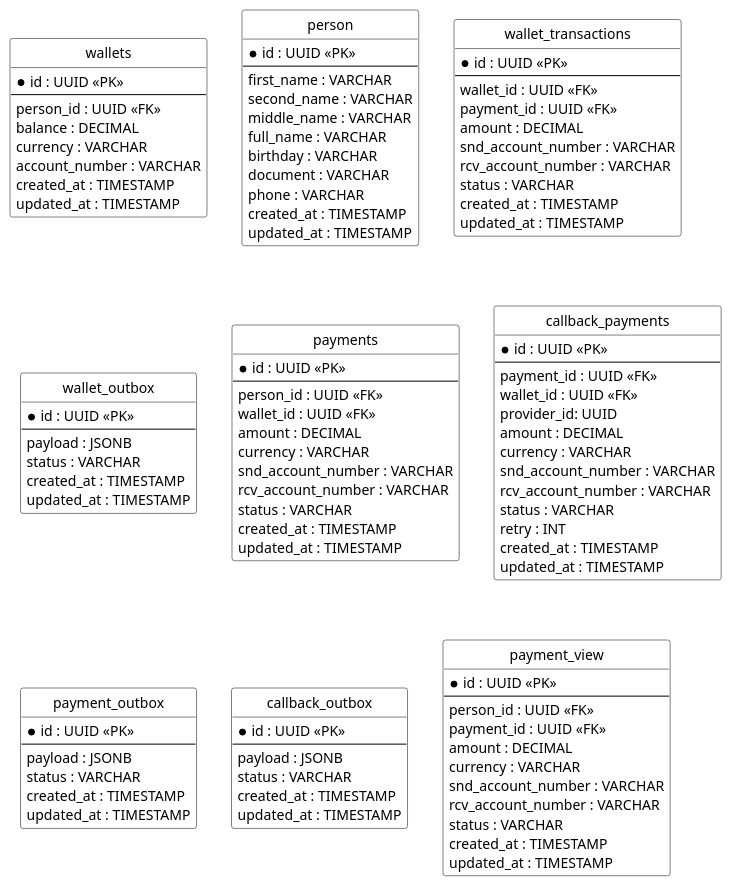
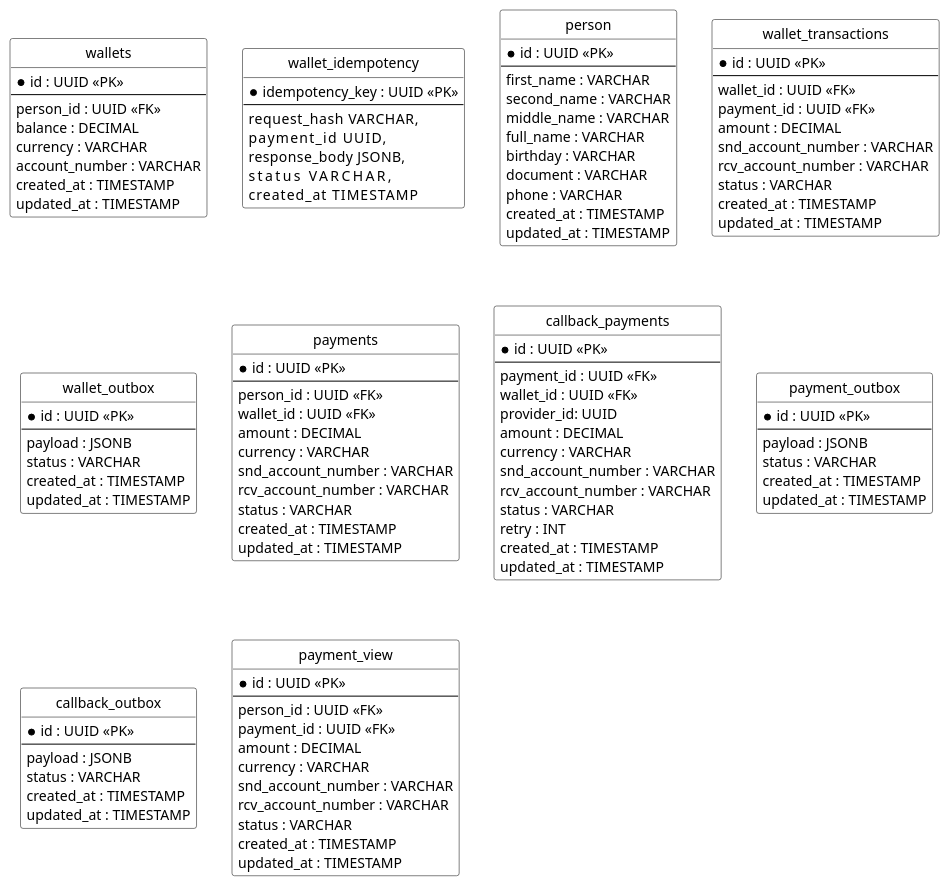
The diagram in task2/Erd.puml (vaneks/System-design), drawn with PlantUML before and after one commit. The commit also changed 5 other files, not shown here.

```diff
--- a/task2/Erd.puml
+++ b/task2/Erd.puml
@@ -1,124 +1,134 @@
 @startuml
 
 hide circle
 hide methods
 skinparam linetype ortho
 skinparam class {
   BackgroundColor White
   ArrowColor Black
   BorderColor Black
 }
 
 
 entity "wallets" {
   * id : UUID <<PK>>
   --
   person_id : UUID <<FK>>
   balance : DECIMAL
   currency : VARCHAR
   account_number : VARCHAR
   created_at : TIMESTAMP
   updated_at : TIMESTAMP
+}
+
+entity "wallet_idempotency" {
+  * idempotency_key : UUID <<PK>>
+  --
+  request_hash    VARCHAR,
+  payment_id      UUID,
+  response_body   JSONB,
+  status          VARCHAR,
+  created_at      TIMESTAMP
 }
 
 entity "person" {
   * id : UUID <<PK>>
   --
   first_name : VARCHAR
   second_name : VARCHAR
   middle_name : VARCHAR
   full_name : VARCHAR
   birthday : VARCHAR
   document : VARCHAR
   phone : VARCHAR
   created_at : TIMESTAMP
   updated_at : TIMESTAMP
 }
 
 entity "wallet_transactions" {
   * id : UUID <<PK>>
   --
   wallet_id : UUID <<FK>>
   payment_id : UUID <<FK>>
   amount : DECIMAL
   snd_account_number : VARCHAR
   rcv_account_number : VARCHAR
   status : VARCHAR
   created_at : TIMESTAMP
   updated_at : TIMESTAMP
 }
 
 entity "wallet_outbox" {
   * id : UUID <<PK>>
   --
   payload : JSONB
   status : VARCHAR
   created_at : TIMESTAMP
   updated_at : TIMESTAMP
 }
 
 entity "payments" {
   * id : UUID <<PK>>
   --
   person_id : UUID <<FK>>
   wallet_id : UUID <<FK>>
   amount : DECIMAL
   currency : VARCHAR
   snd_account_number : VARCHAR
   rcv_account_number : VARCHAR
   status : VARCHAR
   created_at : TIMESTAMP
   updated_at : TIMESTAMP
 }
 
 entity "callback_payments" {
   * id : UUID <<PK>>
   --
   payment_id : UUID <<FK>>
   wallet_id : UUID <<FK>>
   provider_id: UUID
   amount : DECIMAL
   currency : VARCHAR
   snd_account_number : VARCHAR
   rcv_account_number : VARCHAR
   status : VARCHAR
   retry : INT
   created_at : TIMESTAMP
   updated_at : TIMESTAMP
 }
 
 entity "payment_outbox" {
   * id : UUID <<PK>>
   --
   payload : JSONB
   status : VARCHAR
   created_at : TIMESTAMP
   updated_at : TIMESTAMP
 }
 
 entity "callback_outbox" {
   * id : UUID <<PK>>
   --
   payload : JSONB
   status : VARCHAR
   created_at : TIMESTAMP
   updated_at : TIMESTAMP
 }
 
 entity "payment_view" {
   * id : UUID <<PK>>
   --
   person_id : UUID <<FK>>
   payment_id : UUID <<FK>>
   amount : DECIMAL
   currency : VARCHAR
   snd_account_number : VARCHAR
   rcv_account_number : VARCHAR
   status : VARCHAR
   created_at : TIMESTAMP
   updated_at : TIMESTAMP
 }
 
 
 
 @enduml
```
